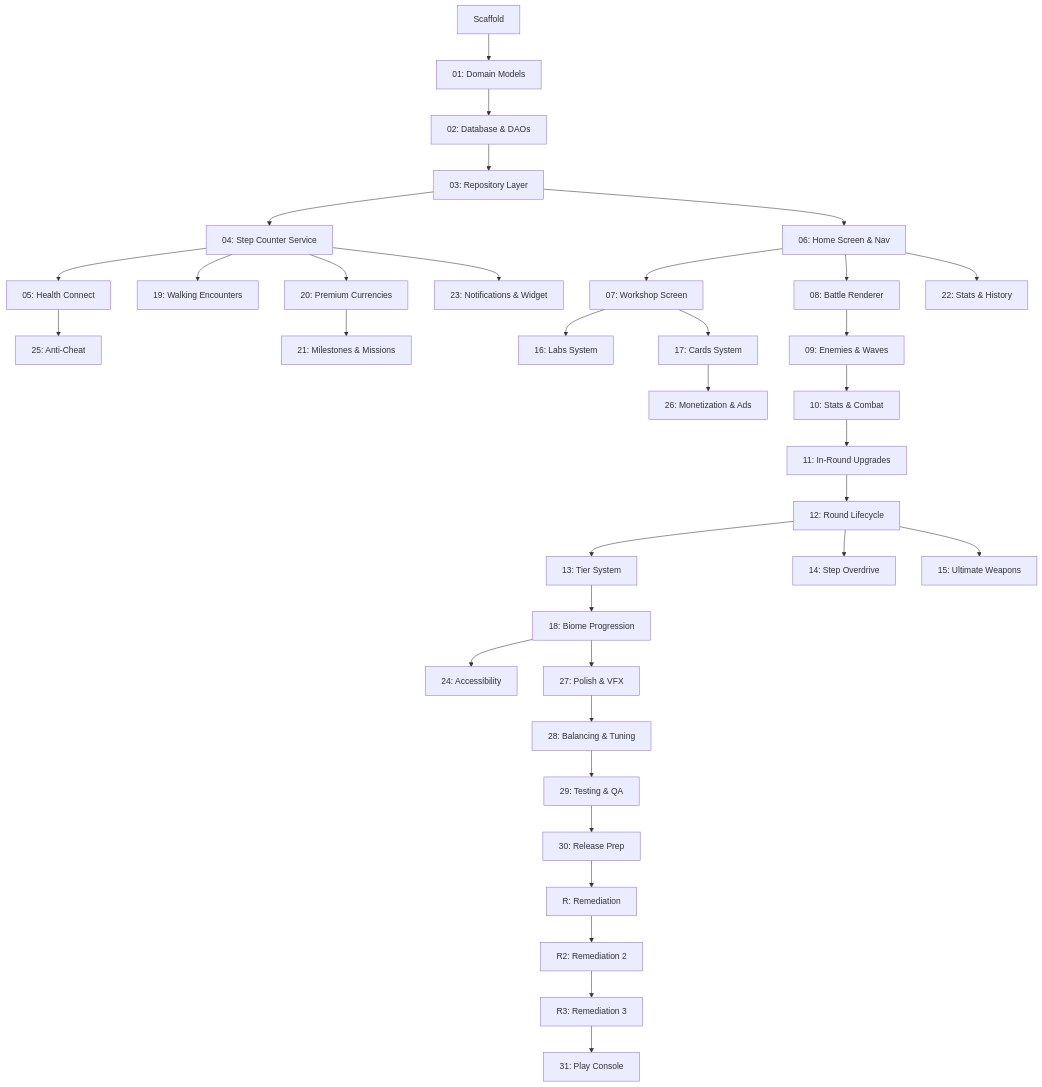
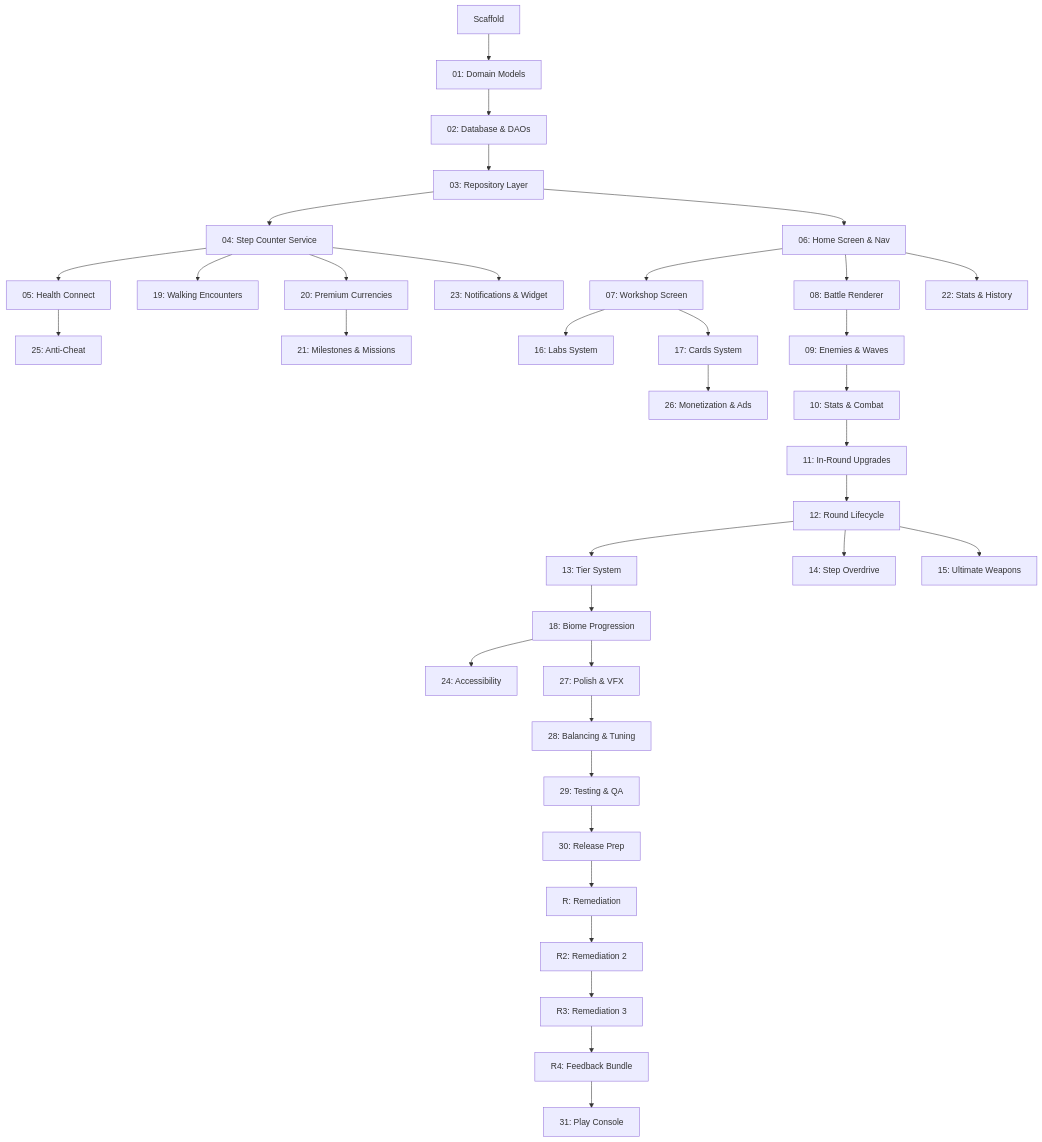
The diagram in AGENTS.md (JonWhiteFang/steps-of-babylon), drawn with Mermaid before and after one commit. The commit also changed other lines of this file and 5 other files, not shown here.

First line of the commit message:
docs(R4): plan Internal Soak Feedback Bundle

````diff
--- a/AGENTS.md
+++ b/AGENTS.md
@@ -139,37 +140,38 @@
 ```mermaid
 graph TD
     S[Scaffold] --> P01[01: Domain Models]
     P01 --> P02[02: Database & DAOs]
     P02 --> P03[03: Repository Layer]
     P03 --> P04[04: Step Counter Service]
     P03 --> P06[06: Home Screen & Nav]
     P04 --> P05[05: Health Connect]
     P04 --> P19[19: Walking Encounters]
     P04 --> P20[20: Premium Currencies]
     P04 --> P23[23: Notifications & Widget]
     P05 --> P25[25: Anti-Cheat]
     P06 --> P07[07: Workshop Screen]
     P06 --> P08[08: Battle Renderer]
     P06 --> P22[22: Stats & History]
     P07 --> P16[16: Labs System]
     P07 --> P17[17: Cards System]
     P08 --> P09[09: Enemies & Waves]
     P09 --> P10[10: Stats & Combat]
     P10 --> P11[11: In-Round Upgrades]
     P11 --> P12[12: Round Lifecycle]
     P12 --> P13[13: Tier System]
     P12 --> P14[14: Step Overdrive]
     P12 --> P15[15: Ultimate Weapons]
     P13 --> P18[18: Biome Progression]
     P17 --> P26[26: Monetization & Ads]
     P18 --> P24[24: Accessibility]
     P18 --> P27[27: Polish & VFX]
     P20 --> P21[21: Milestones & Missions]
     P27 --> P28[28: Balancing & Tuning]
     P28 --> P29[29: Testing & QA]
     P29 --> P30[30: Release Prep]
     P30 --> PR[R: Remediation]
     PR --> PR2[R2: Remediation 2]
     PR2 --> PR3[R3: Remediation 3]
-    PR3 --> P31[31: Play Console]
+    PR3 --> PR4[R4: Feedback Bundle]
+    PR4 --> P31[31: Play Console]
 ```
````
